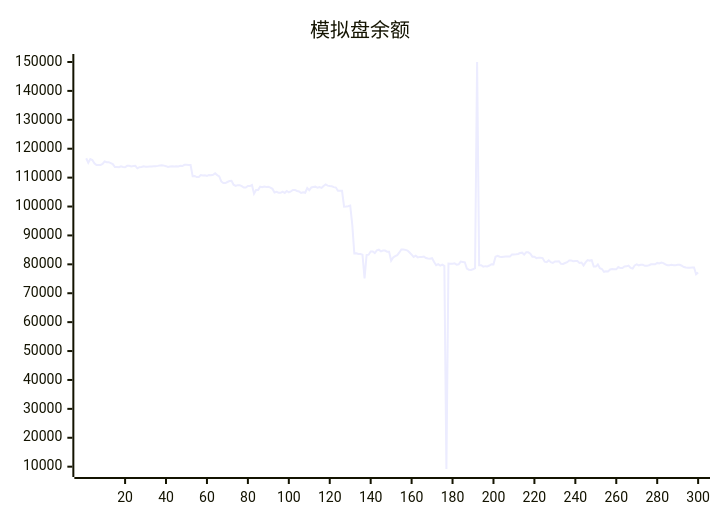
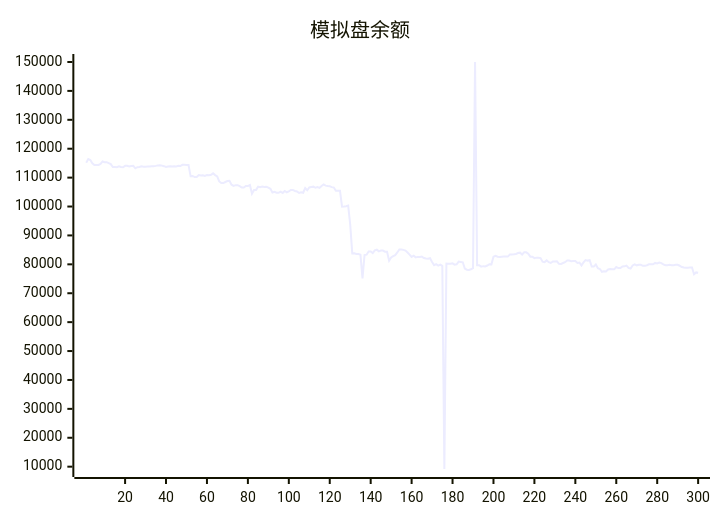
The diagram in README.md (aahl/ai-trading), drawn with Mermaid before and after one commit. The commit also changed other lines of this file and 1 other file, not shown here.

````diff
--- a/README.md
+++ b/README.md
@@ -5,5 +5,5 @@
 ```mermaid
 xychart
     title "模拟盘余额"
-    line [116697,115160,116423,116083,114950,114365,114365,114388,114730,115582,115358,115358,115032,114686,113688,113688,113610,113930,113672,113585,114083,114074,113840,113996,114051,113208,113593,113701,113901,113794,113784,113810,113848,113927,113929,114064,114232,114293,114144,113960,113698,113853,113942,113812,113908,113877,114091,113998,114427,114422,114384,114384,110477,110576,110198,110198,110890,110712,110812,110569,110929,110847,110968,111478,110870,110433,108661,108116,108115,108485,108797,108877,107536,107134,107393,107393,107046,106565,106565,107081,107081,107478,104404,105715,105749,106866,106651,106889,106771,106816,106565,106141,104876,105103,104796,104734,105169,104690,105380,104941,105272,105709,105739,105374,105227,104691,104924,104762,106364,105628,106608,106748,106872,106485,106721,106468,107132,107620,107224,107080,107001,106717,106567,105431,105431,105440,99950,100017,100113,100337,93749,83795,83807,83567,83567,83342,75168,83222,83336,84448,84449,83896,84839,85065,84499,84757,84757,84364,84347,81254,82385,82835,83184,84099,85150,85150,85002,84751,84096,83356,82582,82983,82404,82572,82512,82688,82200,82047,81920,82125,80840,79688,80060,79552,79920,79470,9193,80236,80208,80170,80336,79894,80006,80954,80837,80712,78561,78139,78037,78293,78682,150000,79720,79720,79214,79372,79279,79591,80046,79993,82625,82950,82626,82571,82633,82670,82670,82681,83386,83378,83464,83579,83920,84037,83402,84160,84142,83652,82655,82655,82145,82315,82243,82163,80934,80770,81371,80742,80468,80989,80989,81067,80191,80155,80450,80737,81309,81309,81106,81119,81119,80471,80631,79624,80670,81448,81290,81429,79212,79222,79940,78643,78380,77432,77623,77504,78235,78358,78284,78277,79048,78714,78714,79290,79308,79567,78763,78563,79603,79988,79652,79813,79813,79476,79469,79673,79995,80015,80015,80486,80314,80600,80436,79966,79689,79689,79819,79692,79692,79850,79850,79518,79071,78889,78850,78850,78878,78878,76554,77202]
+    line [115160,116423,116083,114950,114365,114365,114388,114730,115582,115358,115358,115032,114686,113688,113688,113610,113930,113672,113585,114083,114074,113840,113996,114051,113208,113593,113701,113901,113794,113784,113810,113848,113927,113929,114064,114232,114293,114144,113960,113698,113853,113942,113812,113908,113877,114091,113998,114427,114422,114384,114384,110477,110576,110198,110198,110890,110712,110812,110569,110929,110847,110968,111478,110870,110433,108661,108116,108115,108485,108797,108877,107536,107134,107393,107393,107046,106565,106565,107081,107081,107478,104404,105715,105749,106866,106651,106889,106771,106816,106565,106141,104876,105103,104796,104734,105169,104690,105380,104941,105272,105709,105739,105374,105227,104691,104924,104762,106364,105628,106608,106748,106872,106485,106721,106468,107132,107620,107224,107080,107001,106717,106567,105431,105431,105440,99950,100017,100113,100337,93749,83795,83807,83567,83567,83342,75168,83222,83336,84448,84449,83896,84839,85065,84499,84757,84757,84364,84347,81254,82385,82835,83184,84099,85150,85150,85002,84751,84096,83356,82582,82983,82404,82572,82512,82688,82200,82047,81920,82125,80840,79688,80060,79552,79920,79470,9193,80236,80208,80170,80336,79894,80006,80954,80837,80712,78561,78139,78037,78293,78682,150000,79720,79720,79214,79372,79279,79591,80046,79993,82625,82950,82626,82571,82633,82670,82670,82681,83386,83378,83464,83579,83920,84037,83402,84160,84142,83652,82655,82655,82145,82315,82243,82163,80934,80770,81371,80742,80468,80989,80989,81067,80191,80155,80450,80737,81309,81309,81106,81119,81119,80471,80631,79624,80670,81448,81290,81429,79212,79222,79940,78643,78380,77432,77623,77504,78235,78358,78284,78277,79048,78714,78714,79290,79308,79567,78763,78563,79603,79988,79652,79813,79813,79476,79469,79673,79995,80015,80015,80486,80314,80600,80436,79966,79689,79689,79819,79692,79692,79850,79850,79518,79071,78889,78850,78850,78878,78878,76554,77202,77103]
 ```
````
